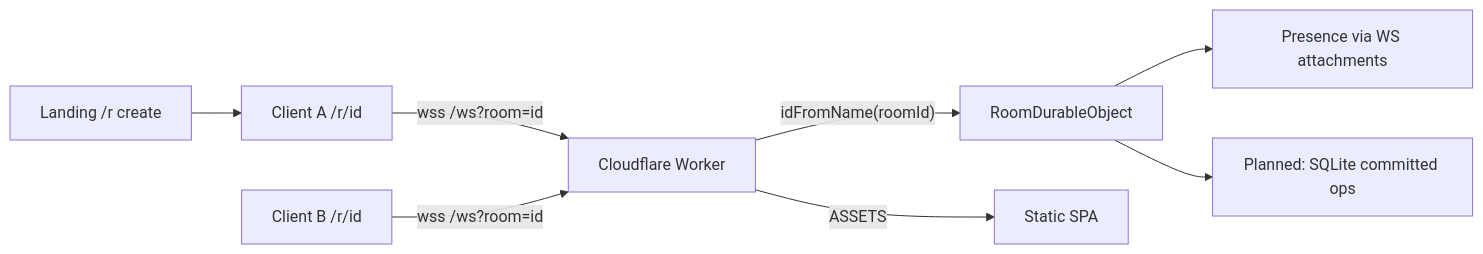
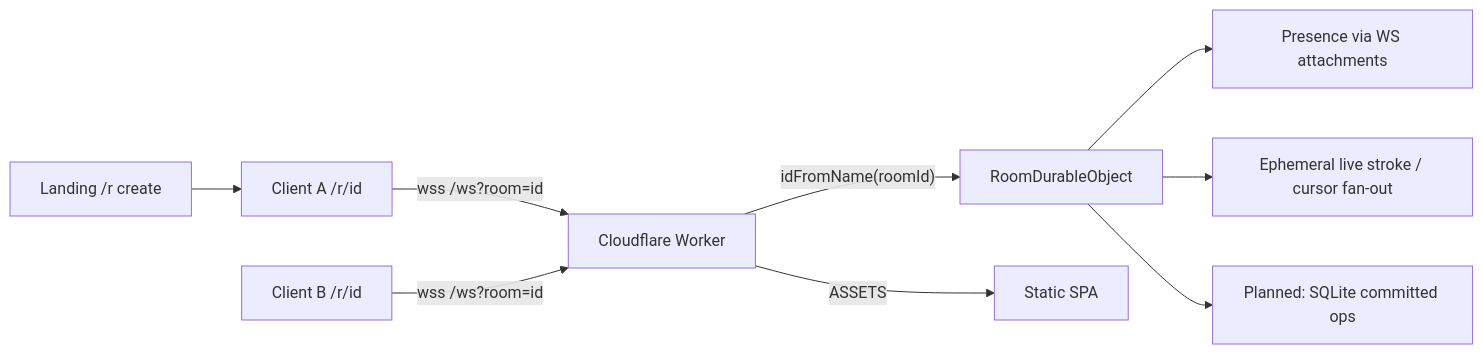
Before and after one commit to Venkat-Kolasani/Loomline: the first of 2 diagrams in ARCHITECTURE.md, drawn with Mermaid. The commit also changed other lines of this file and 23 other files, not shown here.

````diff
--- a/ARCHITECTURE.md
+++ b/ARCHITECTURE.md
@@ -11,10 +11,11 @@
 ```mermaid
 flowchart LR
   L["Landing /r create"] --> C1["Client A /r/id"]
   C1 -->|"wss /ws?room=id"| W["Cloudflare Worker"]
   C2["Client B /r/id"] -->|"wss /ws?room=id"| W
   W -->|"idFromName(roomId)"| R["RoomDurableObject"]
   R --> P["Presence via WS attachments"]
+  R --> L2["Ephemeral live stroke / cursor fan-out"]
   R --> S["Planned: SQLite committed ops"]
   W -->|"ASSETS"| A["Static SPA"]
 ```
````
